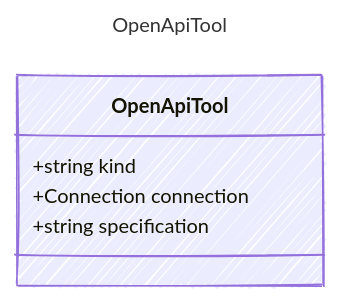
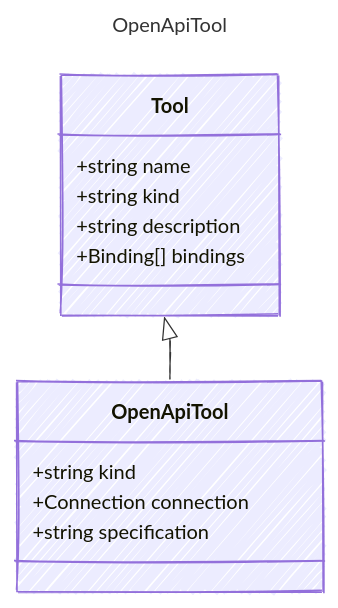
The diagram in specification/prompty/docs/OpenApiTool.md (microsoft/prompty), drawn with Mermaid before and after one commit. The commit also changed 24 other files, not shown here.

````diff
--- a/specification/prompty/docs/OpenApiTool.md
+++ b/specification/prompty/docs/OpenApiTool.md
@@ -5,17 +5,24 @@
 ```mermaid
 ---
 title: OpenApiTool
 config:
   look: handDrawn
   theme: colorful
   class:
     hideEmptyMembersBox: true
 ---
 classDiagram
+    class Tool {
+        +string name
+        +string kind
+        +string description
+        +Binding[] bindings
+    }
+    Tool <|-- OpenApiTool
     class OpenApiTool {
       
         +string kind
         +Connection connection
         +string specification
     }
 ```
````
